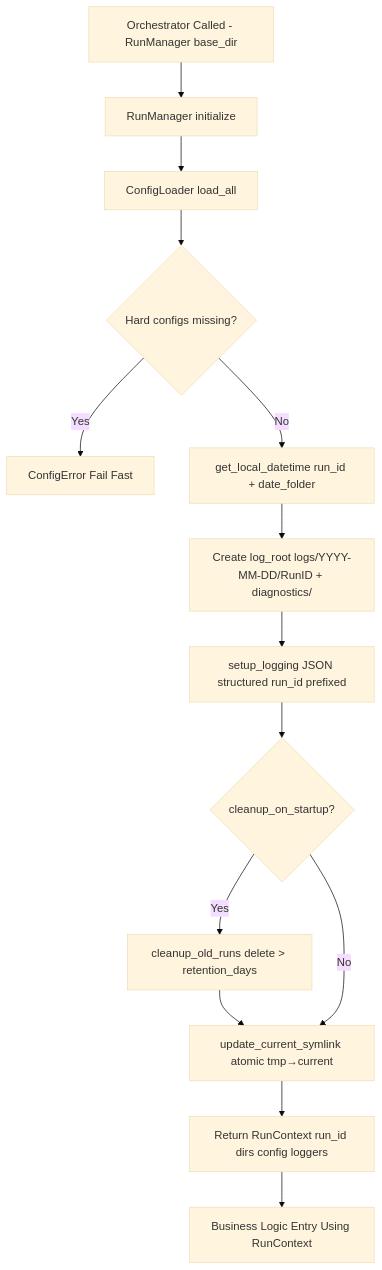
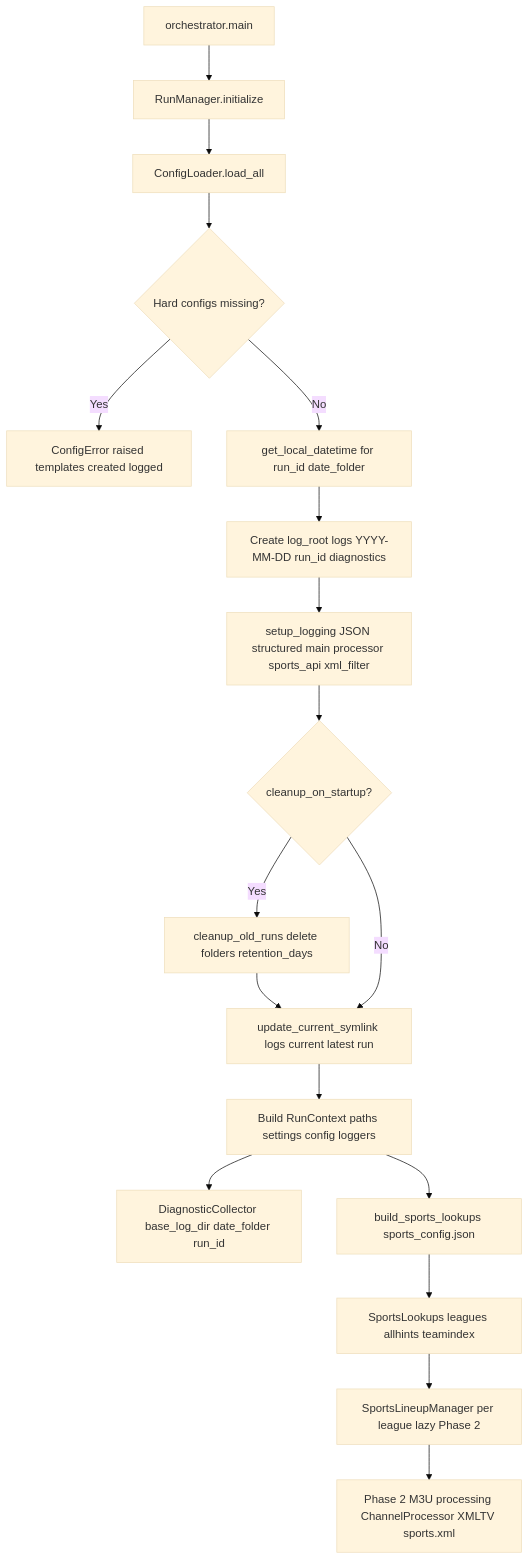
The diagram in m3u_app/implementation.md (mikeyounge/m3uprocessor), drawn with Mermaid (base theme) before and after one commit.

Commit message:
update mermaid

````diff
--- a/m3u_app/implementation.md
+++ b/m3u_app/implementation.md
@@ -58,17 +58,22 @@
 ```mermaid
 flowchart TD
-    A[Orchestrator Called - RunManager base_dir] --> B[RunManager initialize]
-    B --> C[ConfigLoader load_all]
+    A[orchestrator.main] --> B[RunManager.initialize]
+    B --> C[ConfigLoader.load_all]
     C --> D{Hard configs missing?}
-    D -->|Yes| E[ConfigError Fail Fast]
-    D -->|No| F[get_local_datetime run_id + date_folder]
-    F --> G[Create log_root logs/YYYY-MM-DD/RunID + diagnostics/]
-    G --> H[setup_logging JSON structured run_id prefixed]
+    D -->|Yes| E[ConfigError raised templates created logged]
+    D -->|No| F[get_local_datetime for run_id date_folder]
+    F --> G[Create log_root logs YYYY-MM-DD run_id diagnostics]
+    G --> H[setup_logging JSON structured main processor sports_api xml_filter]
     H --> I{cleanup_on_startup?}
-    I -->|Yes| J[cleanup_old_runs delete > retention_days]
-    J --> K[update_current_symlink atomic tmp→current]
+    I -->|Yes| J[cleanup_old_runs delete folders retention_days]
+    J --> K[update_current_symlink logs current latest run]
     I -->|No| K
-    K --> L[Return RunContext run_id dirs config loggers]
-    
-    L --> M[Business Logic Entry Using RunContext]
+    K --> L[Build RunContext paths settings config loggers]
+
+    L --> M[DiagnosticCollector base_log_dir date_folder run_id]
+    L --> N[build_sports_lookups sports_config.json]
+    N --> O[SportsLookups leagues allhints teamindex]
+    O --> P[SportsLineupManager per league lazy Phase 2]
+    P --> Q[Phase 2 M3U processing ChannelProcessor XMLTV sports.xml]
+
 ```
````
